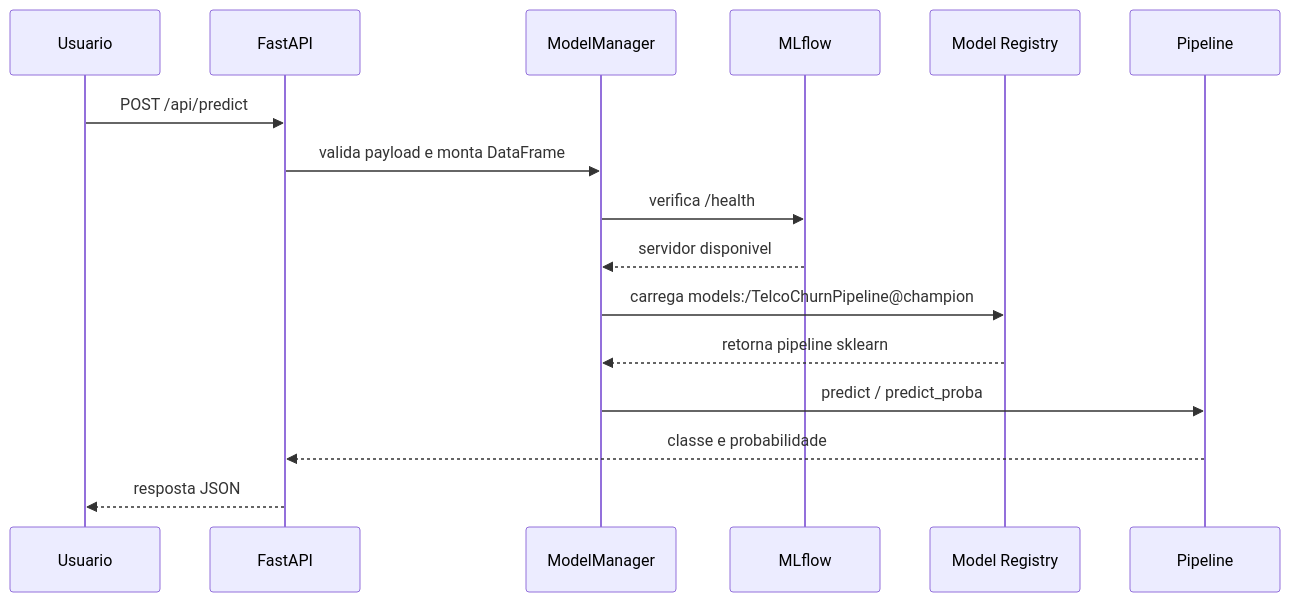
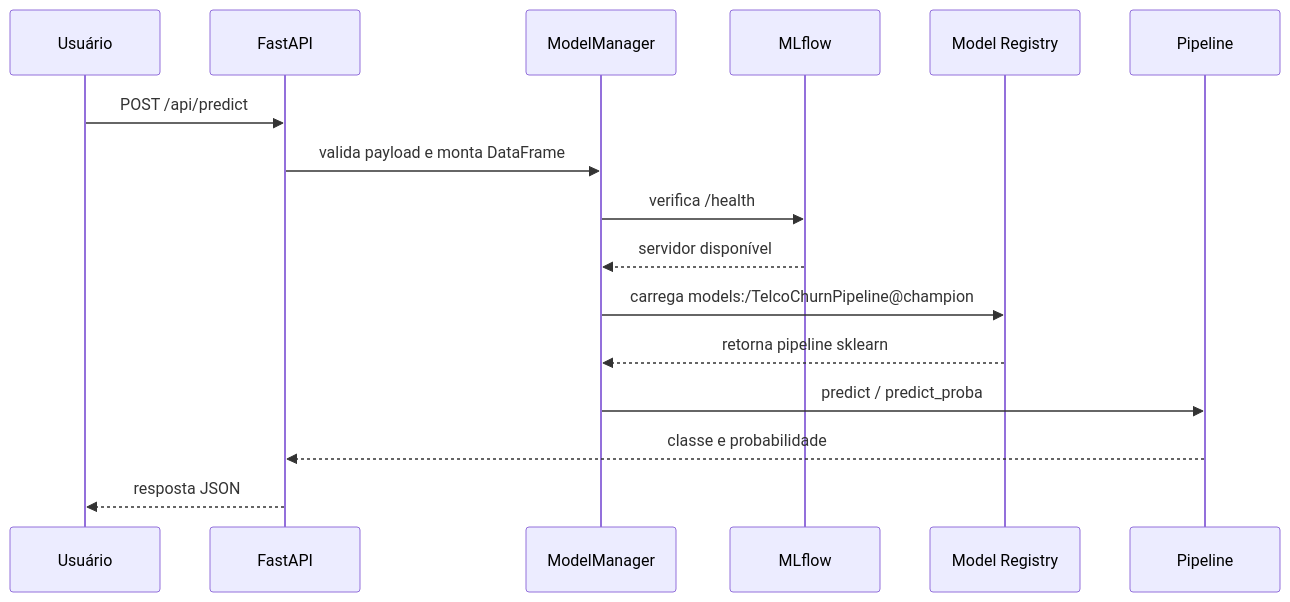
One commit to GusdPaula/MLENG_FIAP changed the second of 2 diagrams in fase_1/tech_challenge/docs/ARQUITETURA_DOCKER.md. Above: the diagram before and after it, drawn with Mermaid. The commit also changed other lines of this file and 24 other files, not shown here.

````diff
--- a/fase_1/tech_challenge/docs/ARQUITETURA_DOCKER.md
+++ b/fase_1/tech_challenge/docs/ARQUITETURA_DOCKER.md
@@ -36,19 +36,19 @@
 ```mermaid
 sequenceDiagram
-    participant U as Usuario
+    participant U as Usuário
     participant A as FastAPI
     participant M as ModelManager
     participant F as MLflow
     participant R as Model Registry
     participant P as Pipeline
 
     U->>A: POST /api/predict
     A->>M: valida payload e monta DataFrame
     M->>F: verifica /health
-    F-->>M: servidor disponivel
+    F-->>M: servidor disponível
     M->>R: carrega models:/TelcoChurnPipeline@champion
     R-->>M: retorna pipeline sklearn
     M->>P: predict / predict_proba
     P-->>A: classe e probabilidade
     A-->>U: resposta JSON
 ```
````
